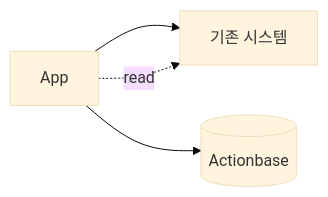
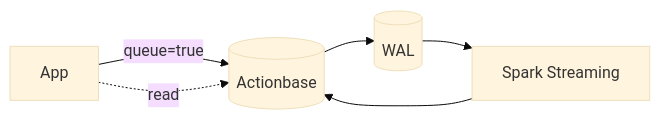
Before and after one commit to em3s/actionbase-talk: the second of 4 diagrams in slides.md, drawn with Mermaid (base theme). The commit also changed other lines of this file and 4 other files, not shown here.

```diff
--- a/slides.md
+++ b/slides.md
@@ -154,6 +166,8 @@
 <pre class="mermaid">
 flowchart LR
-    App --> Existing[기존 시스템]
-    App --> AB[(Actionbase)]
-    App -.read.-> Existing
+    App -->|"queue=true"| AB[(Actionbase)]
+    AB --> WAL[(WAL)]
+    WAL --> Spark[Spark Streaming]
+    Spark --> AB
+    App -.read.-> AB
 </pre>
```
